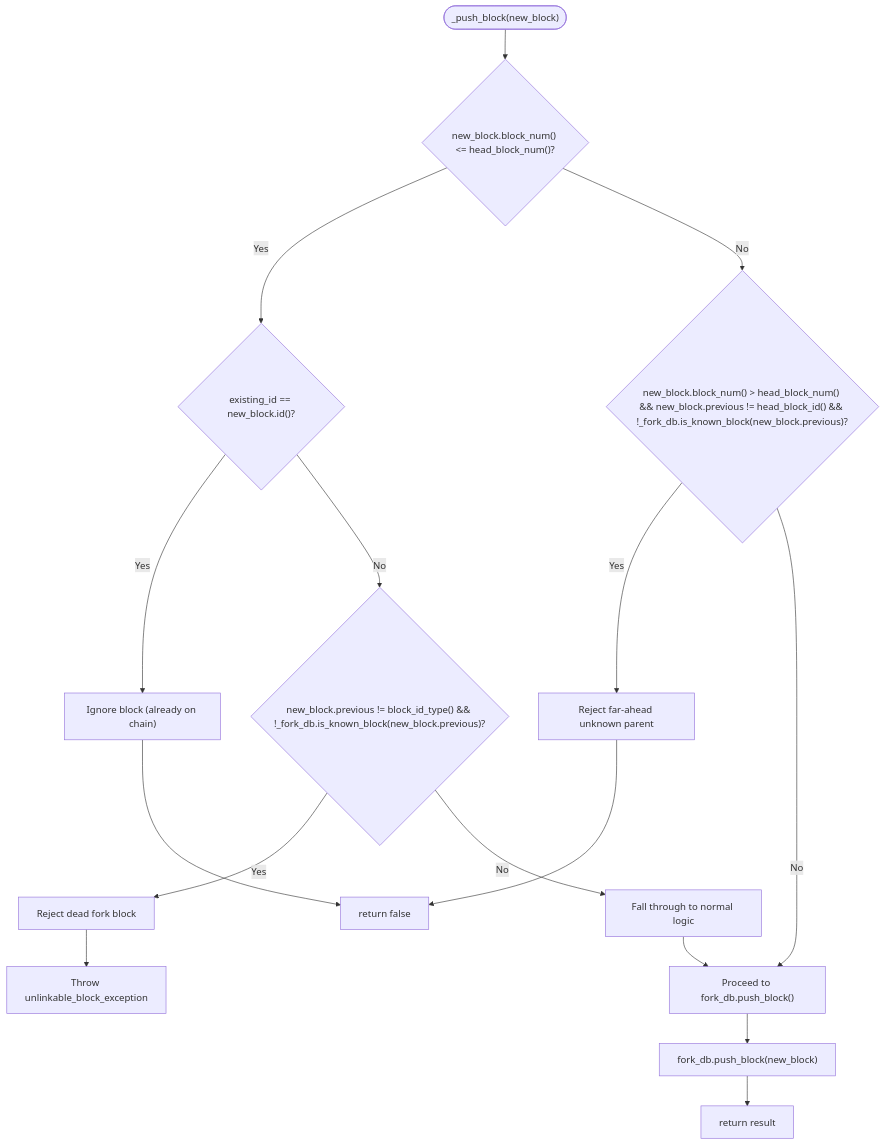
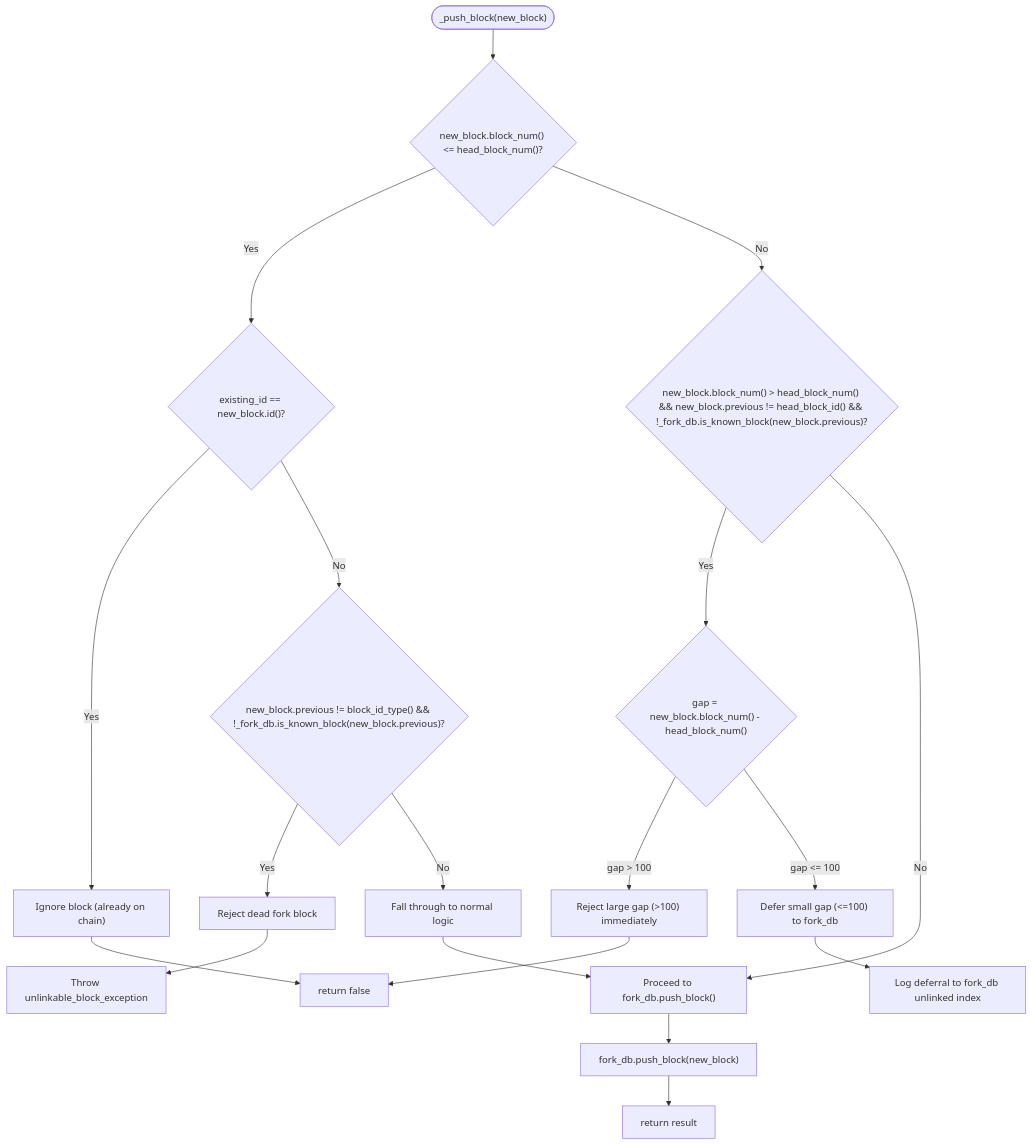
Diagram 19 of 32 in .qoder/repowiki/en/content/Architecture Overview/Core Libraries/Chain Library/Database Management/Database Management.md (VIZ-Blockchain/viz-cpp-node), drawn with Mermaid before and after one commit. The commit also changed other lines of this file and 5 other files, not shown here.

````diff
--- a/.qoder/repowiki/en/content/Architecture Overview/Core Libraries/Chain Library/Database Management/Database Management.md
+++ b/.qoder/repowiki/en/content/Architecture Overview/Core Libraries/Chain Library/Database Management/Database Management.md
@@ -1026,18 +1030,21 @@
 ```mermaid
 flowchart TD
 Start(["_push_block(new_block)"]) --> CheckAtOrBelow{"new_block.block_num() <= head_block_num()?"}
 CheckAtOrBelow --> |Yes| CheckExisting{"existing_id == new_block.id()?"}
 CheckExisting --> |Yes| IgnoreBlock["Ignore block (already on chain)"]
 CheckExisting --> |No| CheckParent{"new_block.previous != block_id_type() && !_fork_db.is_known_block(new_block.previous)?"}
 CheckParent --> |Yes| RejectDeadFork["Reject dead fork block"]
 CheckParent --> |No| FallThrough["Fall through to normal logic"]
 CheckAtOrBelow --> |No| CheckFarAhead{"new_block.block_num() > head_block_num() && new_block.previous != head_block_id() && !_fork_db.is_known_block(new_block.previous)?"}
-CheckFarAhead --> |Yes| RejectFarAhead["Reject far-ahead unknown parent"]
+CheckFarAhead --> |Yes| CheckGap{"gap = new_block.block_num() - head_block_num()"}
+CheckGap --> |gap > 100| RejectLargeGap["Reject large gap (>100) immediately"]
+CheckGap --> |gap <= 100| DeferSmallGap["Defer small gap (<=100) to fork_db"]
 CheckFarAhead --> |No| CheckForkDB["Proceed to fork_db.push_block()"]
 IgnoreBlock --> ReturnFalse["return false"]
 RejectDeadFork --> ThrowException["Throw unlinkable_block_exception"]
 FallThrough --> CheckForkDB
-RejectFarAhead --> ReturnFalse
+RejectLargeGap --> ReturnFalse
+DeferSmallGap --> LogDefer["Log deferral to fork_db unlinked index"]
 CheckForkDB --> ForkDBPush["fork_db.push_block(new_block)"]
 ForkDBPush --> ReturnResult["return result"]
 ```
````
